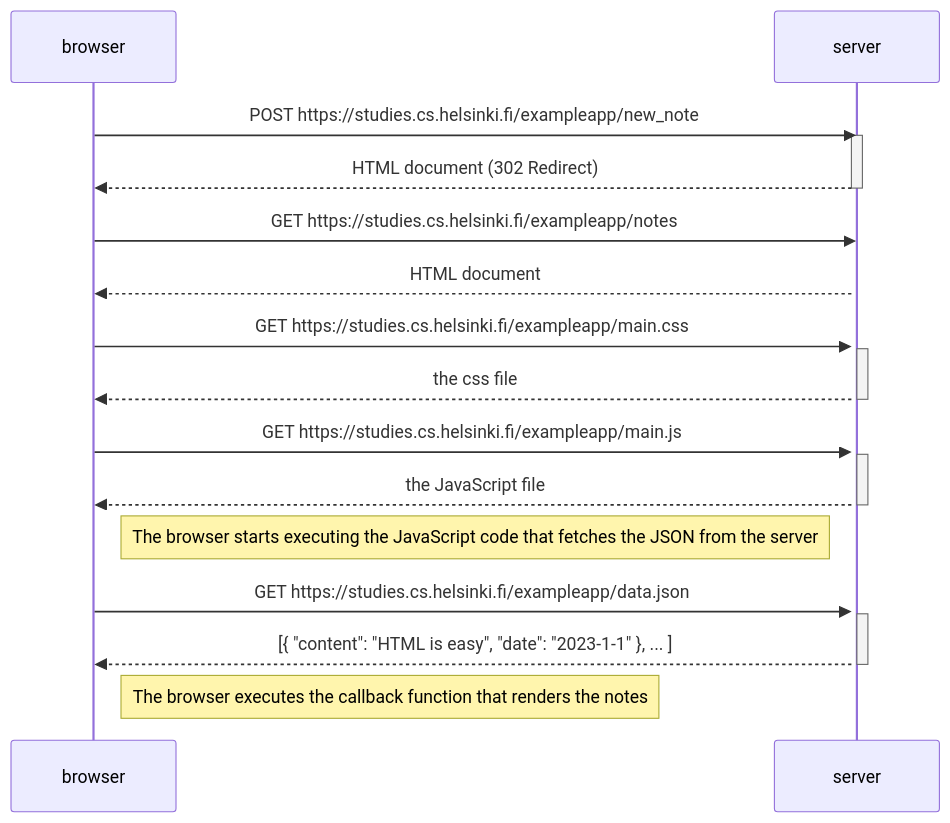
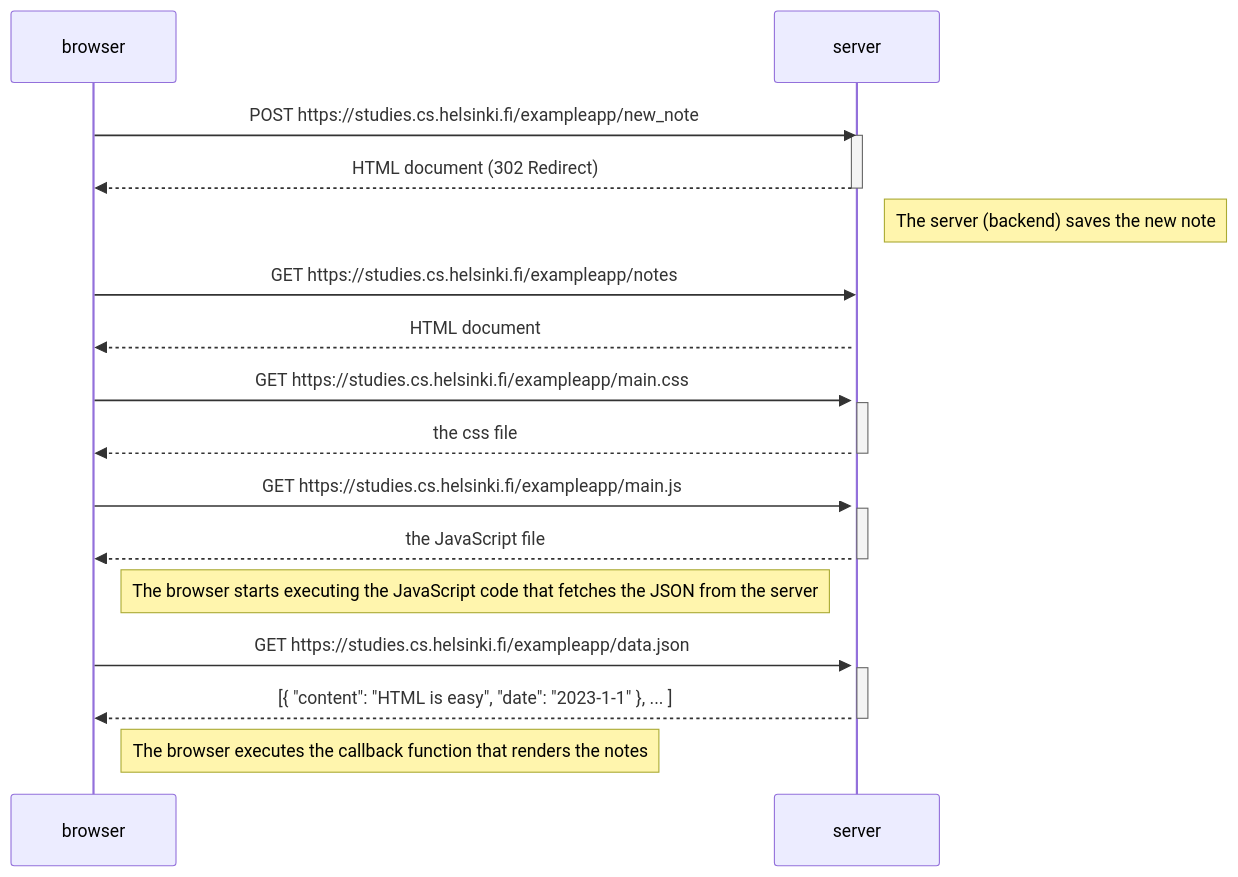
One commit to bistik/submissions_fso changed the diagram in part0/4.md. Above: the diagram before and after it, drawn with Mermaid.

````diff
--- a/part0/4.md
+++ b/part0/4.md
@@ -1,33 +1,35 @@
 ```mermaid
 sequenceDiagram
 	participant browser
 	participant server
 
 	browser->>server: POST https://studies.cs.helsinki.fi/exampleapp/new_note
 	activate server
 	server-->>browser: HTML document (302 Redirect)
 	deactivate server
+
+	Note right of server: The server (backend) saves the new note
 
 	browser->>server: GET https://studies.cs.helsinki.fi/exampleapp/notes
 	activate server
 	server-->>browser: HTML document
 
 	browser->>server: GET https://studies.cs.helsinki.fi/exampleapp/main.css
  	activate server
   	server-->>browser: the css file
    	deactivate server
 
 	browser->>server: GET https://studies.cs.helsinki.fi/exampleapp/main.js
  	activate server
   	server-->>browser: the JavaScript file
    	deactivate server
 
 	Note right of browser: The browser starts executing the JavaScript code that fetches the JSON from the server
 
 	browser->>server: GET https://studies.cs.helsinki.fi/exampleapp/data.json
 	activate server
 	server-->>browser: [{ "content": "HTML is easy", "date": "2023-1-1" }, ... ]
 	deactivate server
 
 	Note right of browser: The browser executes the callback function that renders the notes
 ```
````
